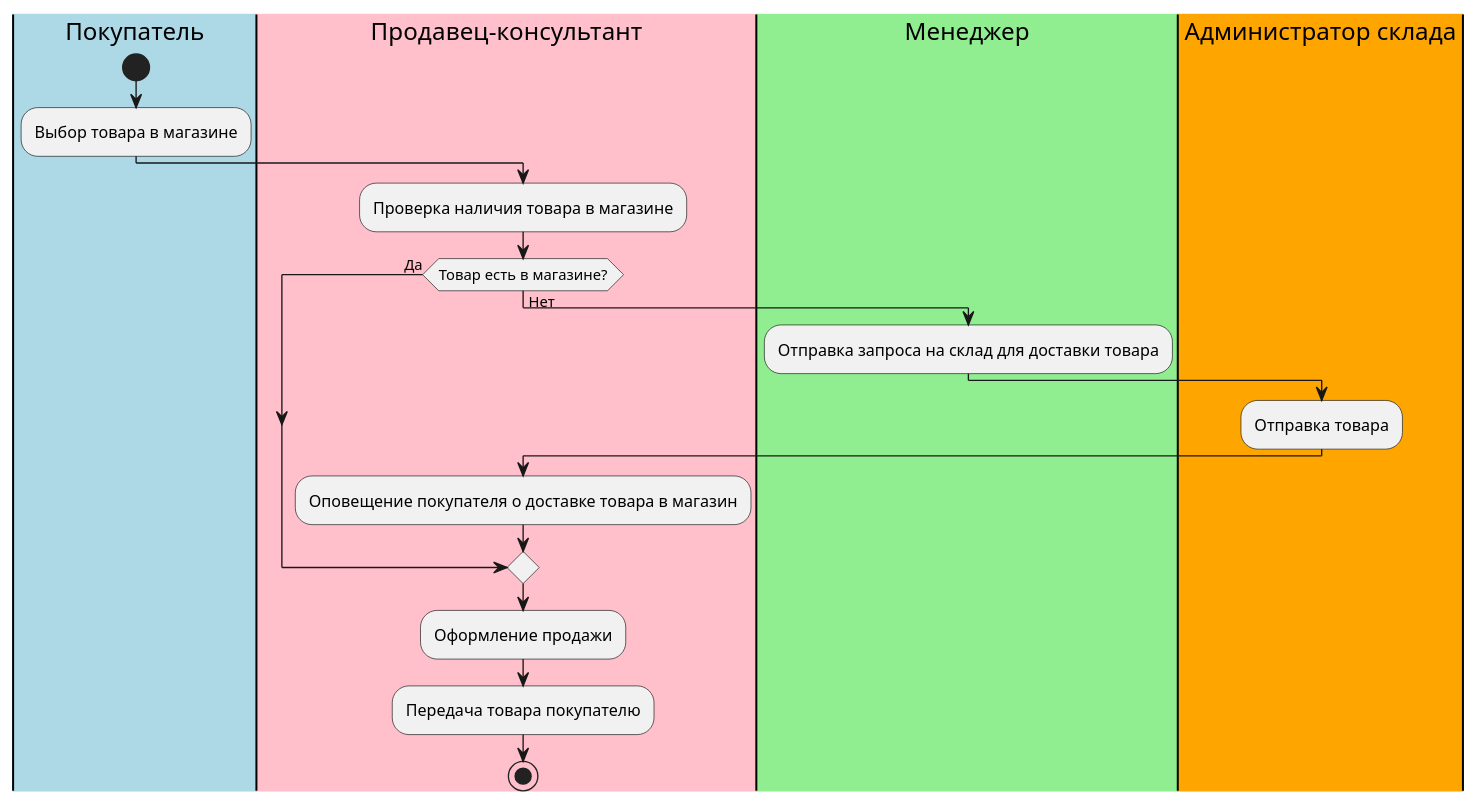
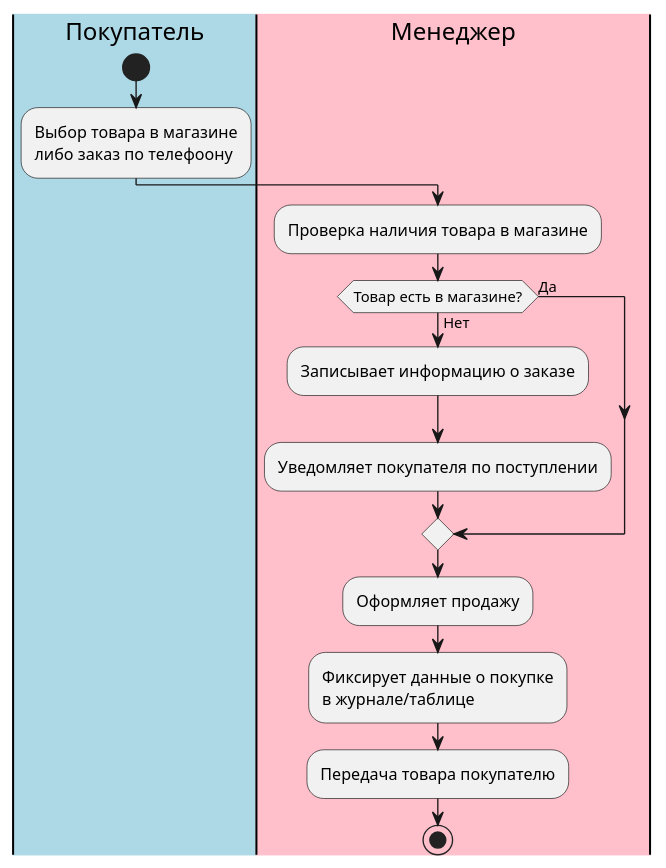
Before and after one commit to Efimish/university-4sem-pis-coursework: the diagram in old-business-process.puml, drawn with PlantUML. The commit also changed 8 other files, not shown here.

```diff
--- a/old-business-process.puml
+++ b/old-business-process.puml
@@ -1,29 +1,24 @@
-@startuml old_business_process
+@startuml Старый бизнес процесс
 
 |#LightBlue|Покупатель|
-|#Pink|Продавец-консультант|
-|#LightGreen|Менеджер|
-|#Orange|Администратор склада|
+|#Pink|Менеджер|
 
 |Покупатель|
 start
-:Выбор товара в магазине;
+:Выбор товара в магазине
+либо заказ по телефоону;
 
-|Продавец-консультант|
+|Менеджер|
 :Проверка наличия товара в магазине;
 if (Товар есть в магазине?) is (Да) then
 else (Нет)
-  |Менеджер|
-  :Отправка запроса на склад для доставки товара;
-
-  |Администратор склада|
-  :Отправка товара;
-
-  |Продавец-консультант|
-  :Оповещение покупателя о доставке товара в магазин;
+  :Записывает информацию о заказе;
+  :Уведомляет покупателя по поступлении;
 endif
-:Оформление продажи;
+:Оформляет продажу;
+:Фиксирует данные о покупке
+в журнале/таблице;
 :Передача товара покупателю;
 stop
 
 @enduml
```
